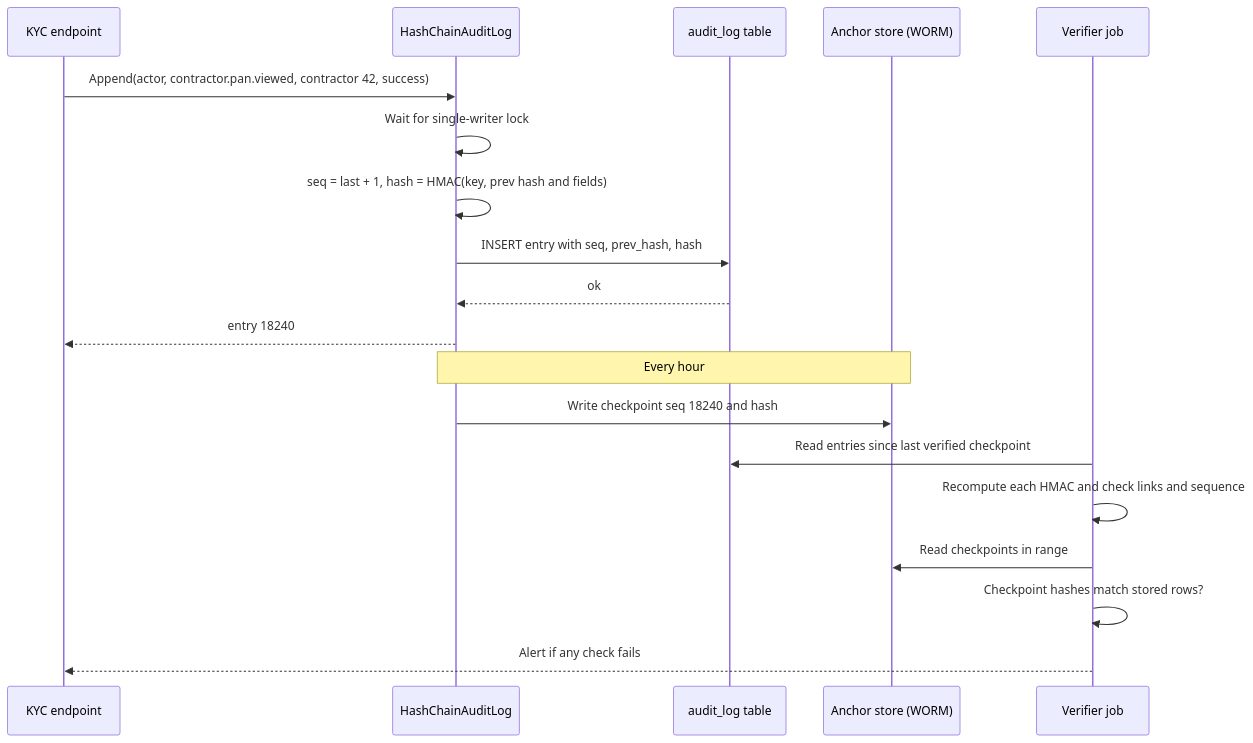
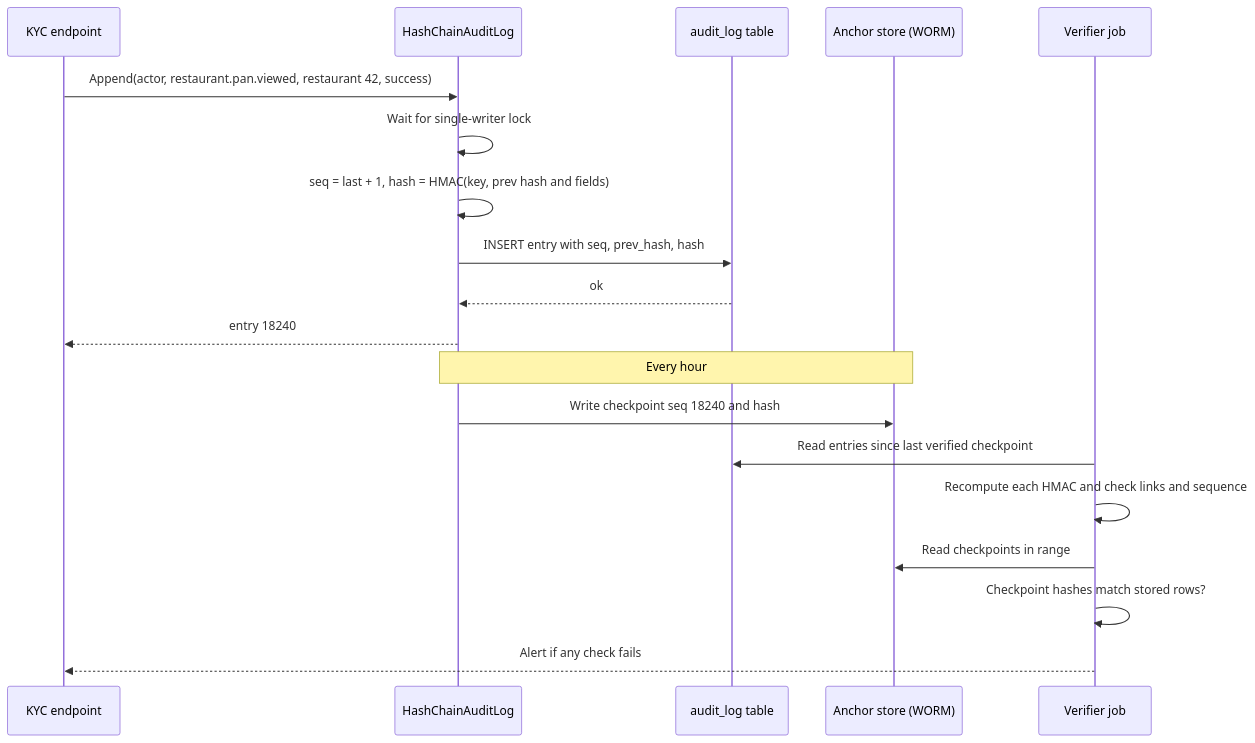
One commit to rizwi0786/system-design-lab changed the second of 2 diagrams in content/lessons/m14/m14-least-privilege-audit.md. Above: the diagram before and after it, drawn with Mermaid. The commit also changed other lines of this file and 334 other files, not shown here.

````diff
--- a/content/lessons/m14/m14-least-privilege-audit.md
+++ b/content/lessons/m14/m14-least-privilege-audit.md
@@ -221,21 +221,21 @@
 ```mermaid
 sequenceDiagram
     participant API as KYC endpoint
     participant W as HashChainAuditLog
     participant DB as audit_log table
     participant A as Anchor store (WORM)
     participant V as Verifier job
-    API->>W: Append(actor, contractor.pan.viewed, contractor 42, success)
+    API->>W: Append(actor, restaurant.pan.viewed, restaurant 42, success)
     W->>W: Wait for single-writer lock
     W->>W: seq = last + 1, hash = HMAC(key, prev hash and fields)
     W->>DB: INSERT entry with seq, prev_hash, hash
     DB-->>W: ok
     W-->>API: entry 18240
     Note over W,A: Every hour
     W->>A: Write checkpoint seq 18240 and hash
     V->>DB: Read entries since last verified checkpoint
     V->>V: Recompute each HMAC and check links and sequence
     V->>A: Read checkpoints in range
     V->>V: Checkpoint hashes match stored rows?
     V-->>API: Alert if any check fails
 ```
````
